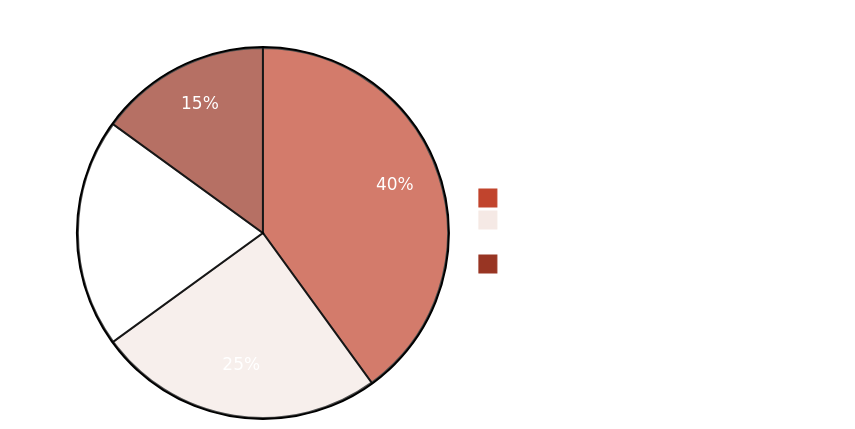
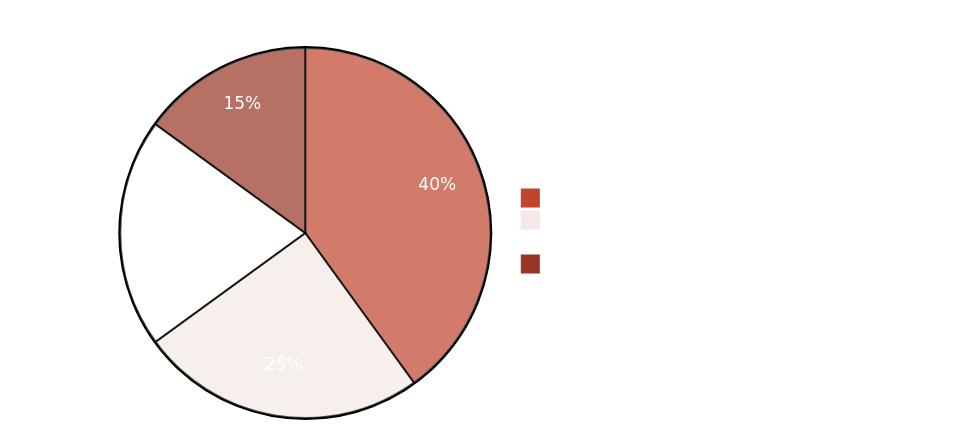
The first of 3 diagrams in README.md (Iceman-Dann/Plumbum), drawn with Mermaid before and after one commit. The commit also changed other lines of this file, not shown here.

````diff
--- a/README.md
+++ b/README.md
@@ -77,11 +114,11 @@
 ```mermaid
 %%{init: {'theme':'base', 'themeVariables': {
   'primaryColor':'#C1442D','primaryTextColor':'#fff','primaryBorderColor':'#8B3A2A',
   'lineColor':'#C1442D','secondaryColor':'#f5e9e5','tertiaryColor':'#fff'}}}%%
 pie showData
-    title Composite Lead Risk Score — Weighting
-    "Pipe Material Era" : 40
-    "Home Build Year" : 25
-    "Utility Violation History" : 20
-    "Neighborhood Redlining Correlation" : 15
+    title Composite Lead Risk Score — Signal Weighting
+    "Pipe Material Era (pre/post 1986 ban)" : 40
+    "Home Build Year & Housing Stock Age" : 25
+    "Utility Violation History (EPA SDWIS)" : 20
+    "Neighborhood Redlining Correlation (HUD)" : 15
 ```
````
